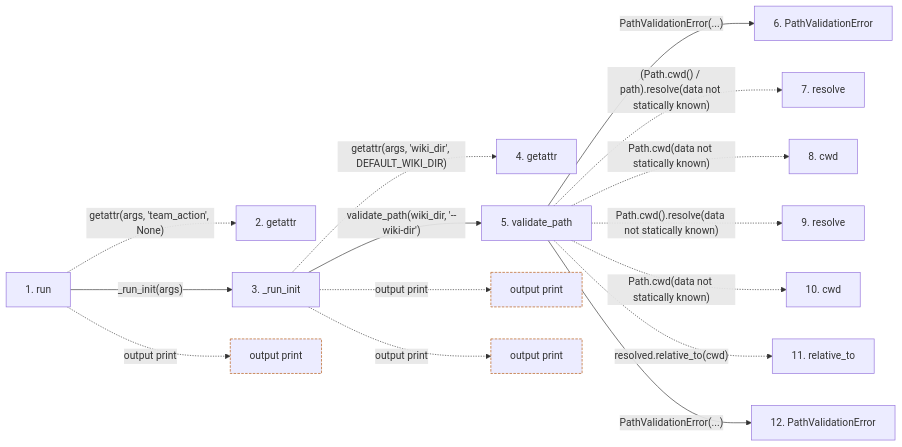
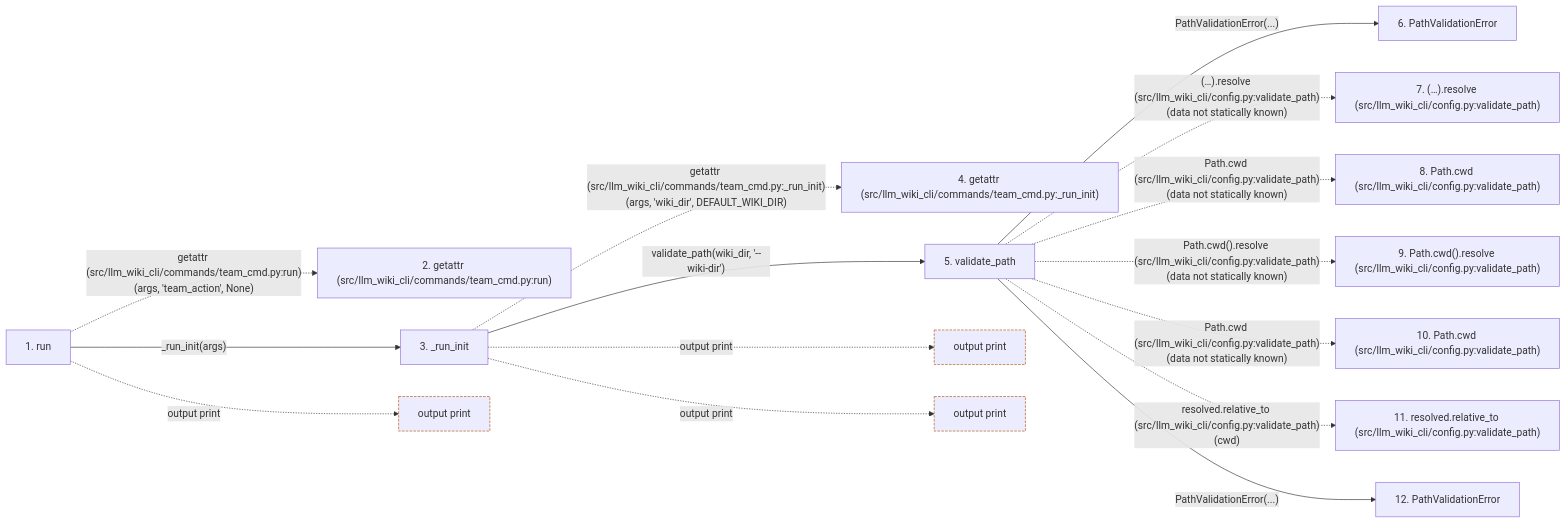
One commit to Denissvgn/python-wiki-llm changed the second of 2 diagrams in docs/llm_wiki/flows/cli-team.md. Above: the diagram before and after it, drawn with Mermaid. The commit also changed other lines of this file and 719 other files, not shown here.

````diff
--- a/docs/llm_wiki/flows/cli-team.md
+++ b/docs/llm_wiki/flows/cli-team.md
@@ -92,41 +110,41 @@
 ```mermaid
 flowchart LR
     s1["1. run"]
-    s2["2. getattr"]
+    s2["2. getattr (src/llm_wiki_cli/commands/team_cmd.py:run)"]
     s3["3. _run_init"]
-    s4["4. getattr"]
+    s4["4. getattr (src/llm_wiki_cli/commands/team_cmd.py:_run_init)"]
     s5["5. validate_path"]
     s6["6. PathValidationError"]
-    s7["7. resolve"]
-    s8["8. cwd"]
-    s9["9. resolve"]
-    s10["10. cwd"]
-    s11["11. relative_to"]
+    s7["7. (…).resolve (src/llm_wiki_cli/config.py:validate_path)"]
+    s8["8. Path.cwd (src/llm_wiki_cli/config.py:validate_path)"]
+    s9["9. Path.cwd().resolve (src/llm_wiki_cli/config.py:validate_path)"]
+    s10["10. Path.cwd (src/llm_wiki_cli/config.py:validate_path)"]
+    s11["11. resolved.relative_to (src/llm_wiki_cli/config.py:validate_path)"]
     s12["12. PathValidationError"]
-    s1 -. "getattr(args, 'team_action', None)" .-> s2
+    s1 -. "getattr (src/llm_wiki_cli/commands/team_cmd.py:run)(args, 'team_action', None)" .-> s2
     s1 -->|"_run_init(args)"| s3
-    s3 -. "getattr(args, 'wiki_dir', DEFAULT_WIKI_DIR)" .-> s4
+    s3 -. "getattr (src/llm_wiki_cli/commands/team_cmd.py:_run_init)(args, 'wiki_dir', DEFAULT_WIKI_DIR)" .-> s4
     s3 -->|"validate_path(wiki_dir, '--wiki-dir')"| s5
     s5 -->|"PathValidationError(...)"| s6
-    s5 -. "(Path.cwd() / path).resolve(data not statically known)" .-> s7
-    s5 -. "Path.cwd(data not statically known)" .-> s8
-    s5 -. "Path.cwd().resolve(data not statically known)" .-> s9
-    s5 -. "Path.cwd(data not statically known)" .-> s10
-    s5 -. "resolved.relative_to(cwd)" .-> s11
+    s5 -. "(…).resolve (src/llm_wiki_cli/config.py:validate_path)(data not statically known)" .-> s7
+    s5 -. "Path.cwd (src/llm_wiki_cli/config.py:validate_path)(data not statically known)" .-> s8
+    s5 -. "Path.cwd().resolve (src/llm_wiki_cli/config.py:validate_path)(data not statically known)" .-> s9
+    s5 -. "Path.cwd (src/llm_wiki_cli/config.py:validate_path)(data not statically known)" .-> s10
+    s5 -. "resolved.relative_to (src/llm_wiki_cli/config.py:validate_path)(cwd)" .-> s11
     s5 -->|"PathValidationError(...)"| s12
     b0["output print"]
     s1 -. "output print" .-> b0
     b1["output print"]
     s3 -. "output print" .-> b1
     b2["output print"]
     s3 -. "output print" .-> b2
     click s1 "../modules/team_cmd.md"
     click s3 "../modules/team_cmd.md"
     click s5 "../modules/config.md"
     click s6 "../modules/config.md"
     click s12 "../modules/config.md"
     classDef boundary stroke:#b45309,stroke-dasharray: 4 2
     class b0 boundary
     class b1 boundary
     class b2 boundary
 ```
````
